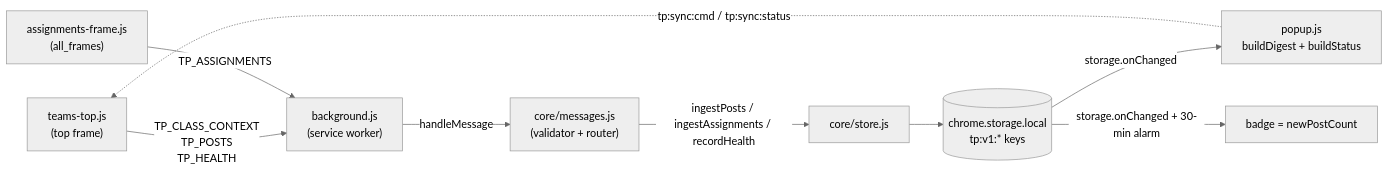
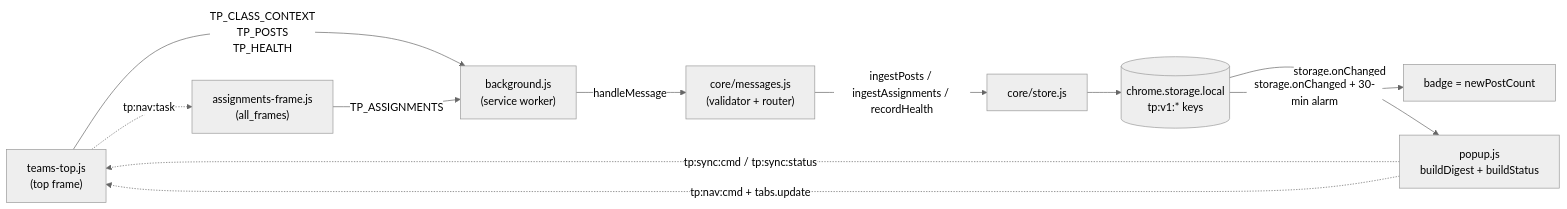
One commit to Sa-Alfy/teampulse changed the first of 2 diagrams in PROJECT_CONTEXT.md. Above: the diagram before and after it, drawn with Mermaid (neutral theme). The commit also changed other lines of this file, not shown here.

````diff
--- a/PROJECT_CONTEXT.md
+++ b/PROJECT_CONTEXT.md
@@ -126,11 +126,13 @@
 ```mermaid
 flowchart LR
     CS1["teams-top.js\n(top frame)"] -->|TP_CLASS_CONTEXT\nTP_POSTS\nTP_HEALTH| SW["background.js\n(service worker)"]
     CS2["assignments-frame.js\n(all_frames)"] -->|TP_ASSIGNMENTS| SW
     SW -->|handleMessage| MSG["core/messages.js\n(validator + router)"]
     MSG -->|ingestPosts / ingestAssignments / recordHealth| STORE["core/store.js"]
     STORE --> CHROME[(chrome.storage.local\ntp:v1:* keys)]
     CHROME -->|storage.onChanged| POP["popup.js\nbuildDigest + buildStatus"]
     CHROME -->|storage.onChanged + 30-min alarm| BADGE["badge = newPostCount"]
     POP -.->|tp:sync:cmd / tp:sync:status| CS1
+    POP -.->|tp:nav:cmd + tabs.update| CS1
+    CS1 -.->|tp:nav:task| CS2
 ```
````
